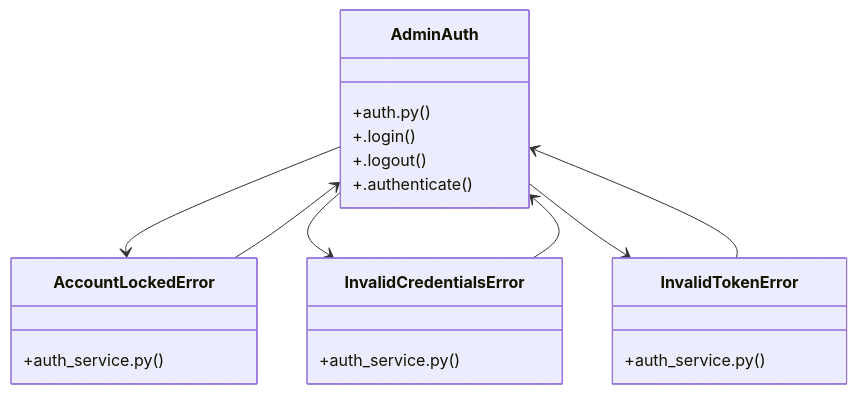
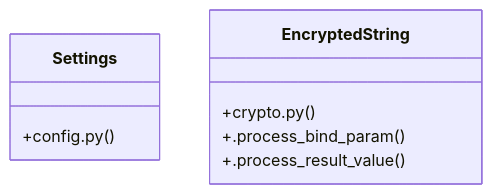
One commit to adjanayo/synca_conf_back changed the diagram in graphify-out/wiki/[authenticate_admin()_&_make_admin()]_Cluster.md. Above: the diagram before and after it, drawn with Mermaid. The commit also changed other lines of this file and 76 other files, not shown here.

Commit message:
chore: update graphify knowledge graph

````diff
--- a/graphify-out/wiki/[authenticate_admin()_&_make_admin()]_Cluster.md
+++ b/graphify-out/wiki/[authenticate_admin()_&_make_admin()]_Cluster.md
@@ -36,24 +36,11 @@
 ```mermaid
 classDiagram
-    class AdminAuth {
-        +auth.py()
-        +.login()
-        +.logout()
-        +.authenticate()
+    class Settings {
+        +config.py()
     }
-    class AccountLockedError {
-        +auth_service.py()
+    class EncryptedString {
+        +crypto.py()
+        +.process_bind_param()
+        +.process_result_value()
     }
-    class InvalidCredentialsError {
-        +auth_service.py()
-    }
-    class InvalidTokenError {
-        +auth_service.py()
-    }
-    AdminAuth --> AccountLockedError
-    AdminAuth --> InvalidCredentialsError
-    AdminAuth --> InvalidTokenError
-    AccountLockedError --> AdminAuth
-    InvalidCredentialsError --> AdminAuth
-    InvalidTokenError --> AdminAuth
 ```
````
